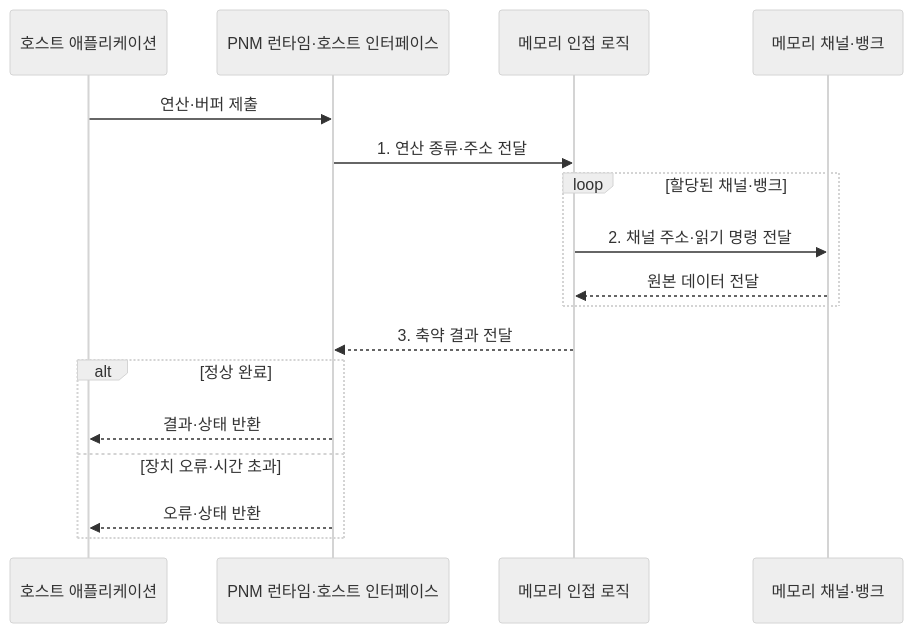
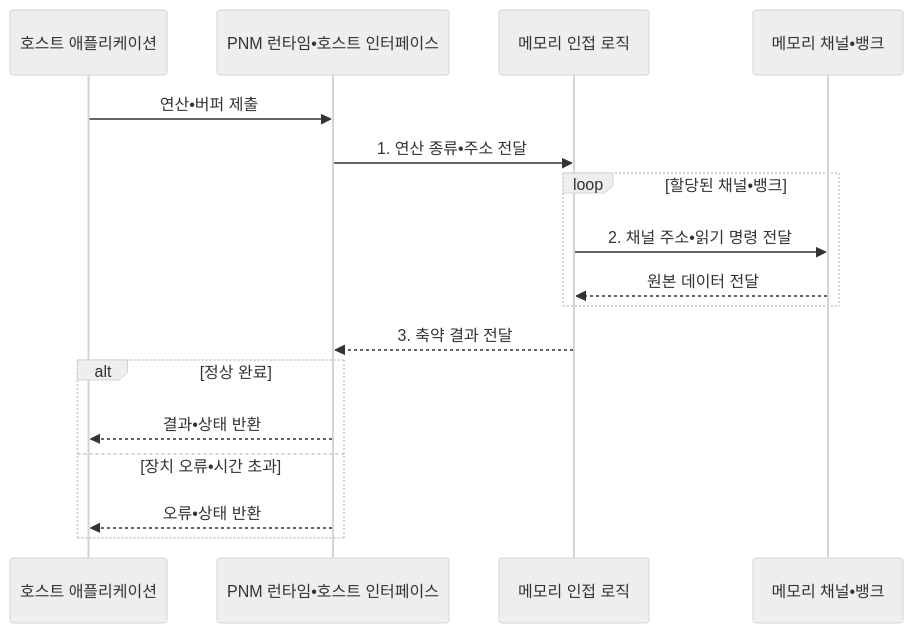
Before and after one commit to agnusdei1207/knowledge-base: the second of 2 diagrams in src/content/docs/notes/02-hardware/027_pnm.md, drawn with Mermaid (neutral theme). The commit also changed other lines of this file and 953 other files, not shown here.

````diff
--- a/src/content/docs/notes/02-hardware/027_pnm.md
+++ b/src/content/docs/notes/02-hardware/027_pnm.md
@@ -92,20 +92,20 @@
 ```mermaid
 sequenceDiagram
     participant H as 호스트 애플리케이션
-    participant R as PNM 런타임·호스트 인터페이스
+    participant R as PNM 런타임•호스트 인터페이스
     participant N as 메모리 인접 로직
-    participant M as 메모리 채널·뱅크
+    participant M as 메모리 채널•뱅크
 
-    H->>R: 연산·버퍼 제출
-    R->>N: 1. 연산 종류·주소 전달
-    loop 할당된 채널·뱅크
-        N->>M: 2. 채널 주소·읽기 명령 전달
+    H->>R: 연산•버퍼 제출
+    R->>N: 1. 연산 종류•주소 전달
+    loop 할당된 채널•뱅크
+        N->>M: 2. 채널 주소•읽기 명령 전달
         M-->>N: 원본 데이터 전달
     end
     N-->>R: 3. 축약 결과 전달
     alt 정상 완료
-        R-->>H: 결과·상태 반환
-    else 장치 오류·시간 초과
-        R-->>H: 오류·상태 반환
+        R-->>H: 결과•상태 반환
+    else 장치 오류•시간 초과
+        R-->>H: 오류•상태 반환
     end
 ```
````
